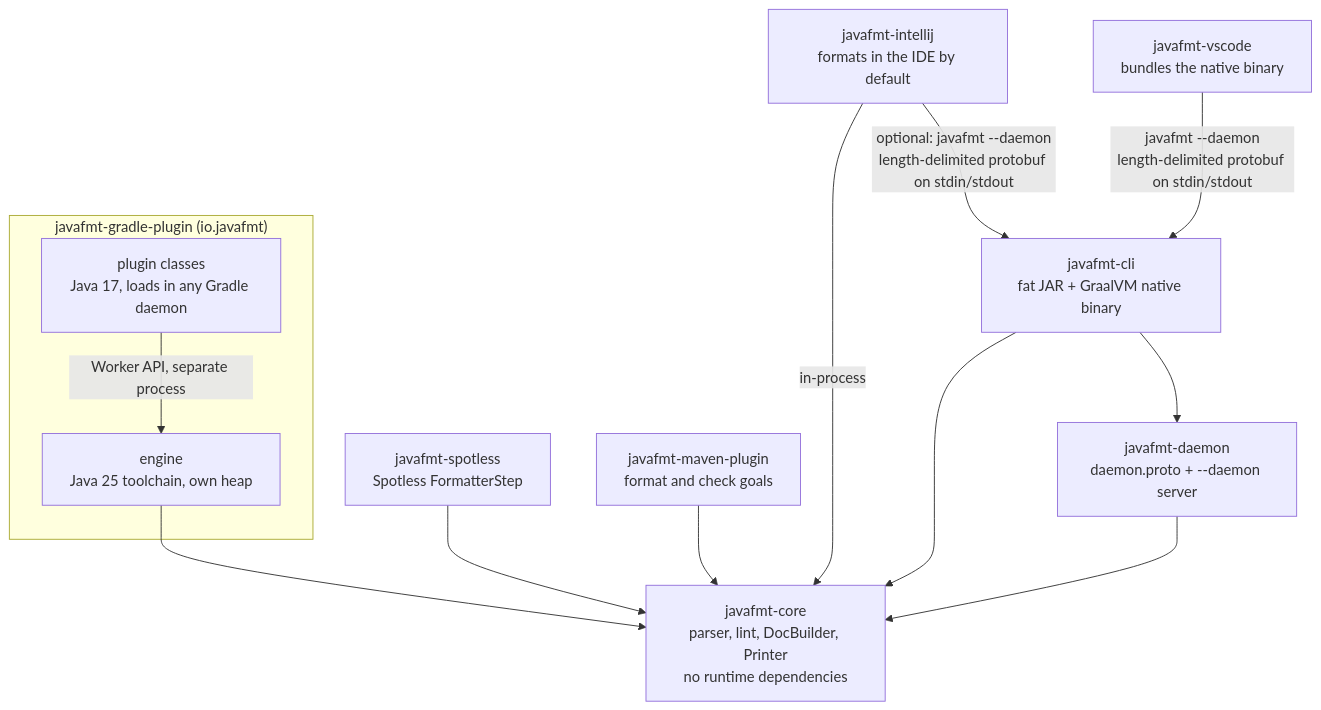
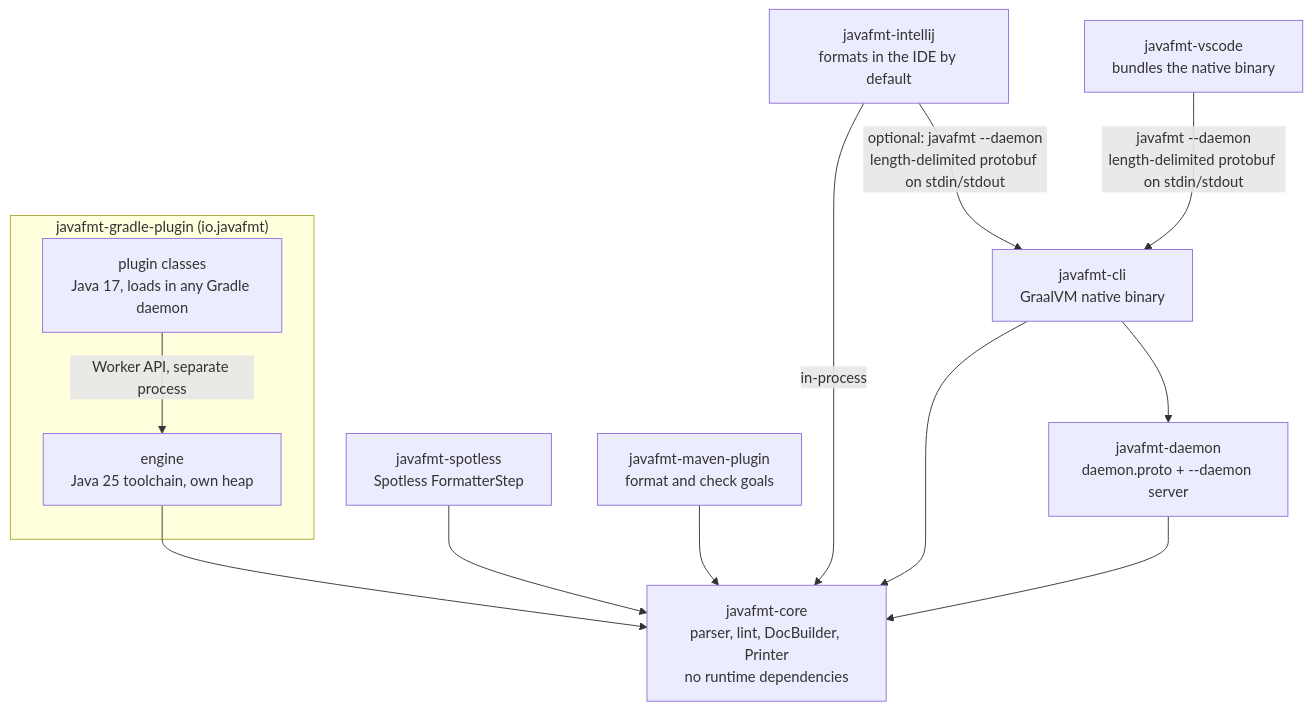
Before and after one commit to javafmt-io/javafmt: the second of 2 diagrams in ARCHITECTURE.md, drawn with Mermaid. The commit also changed 4 other files, not shown here.

Commit message:
wip: drop an unused Span method, a doubled call and stale fat-jar mentions

````diff
--- a/ARCHITECTURE.md
+++ b/ARCHITECTURE.md
@@ -23,20 +23,20 @@
 ```mermaid
 flowchart TB
     core["javafmt-core<br/>parser, lint, DocBuilder, Printer<br/>no runtime dependencies"]
 
     spotless["javafmt-spotless<br/>Spotless FormatterStep"] --> core
     maven["javafmt-maven-plugin<br/>format and check goals"] --> core
 
     subgraph gradle["javafmt-gradle-plugin (io.javafmt)"]
         plugin["plugin classes<br/>Java 17, loads in any Gradle daemon"] -- "Worker API, separate process" --> engine["engine<br/>Java 25 toolchain, own heap"]
     end
     engine --> core
 
     daemon["javafmt-daemon<br/>daemon.proto + --daemon server"] --> core
-    cli["javafmt-cli<br/>fat JAR + GraalVM native binary"] --> core
+    cli["javafmt-cli<br/>GraalVM native binary"] --> core
     cli --> daemon
 
     intellij["javafmt-intellij<br/>formats in the IDE by default"] -- "in-process" --> core
     intellij -- "optional: javafmt --daemon<br/>length-delimited protobuf on stdin/stdout" --> cli
     vscode["javafmt-vscode<br/>bundles the native binary"] -- "javafmt --daemon<br/>length-delimited protobuf on stdin/stdout" --> cli
 ```
````
